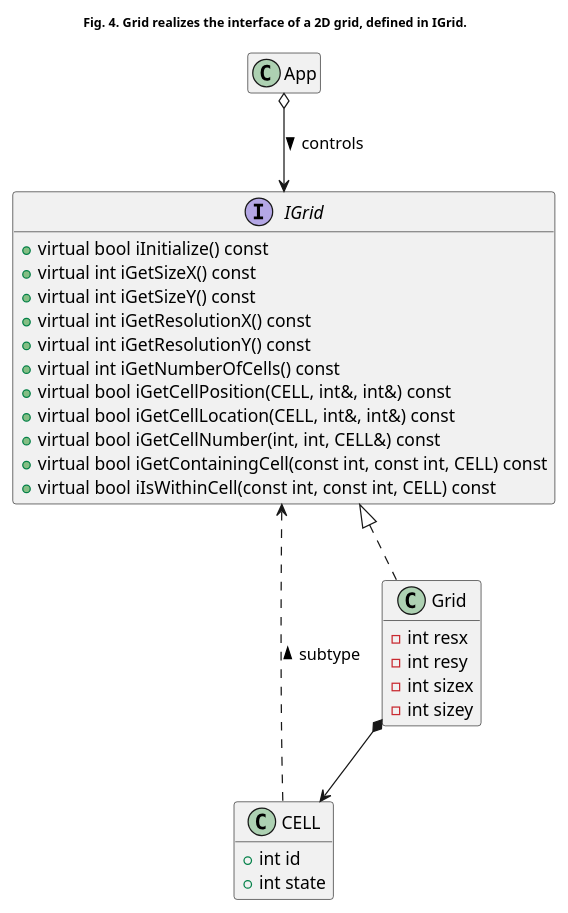
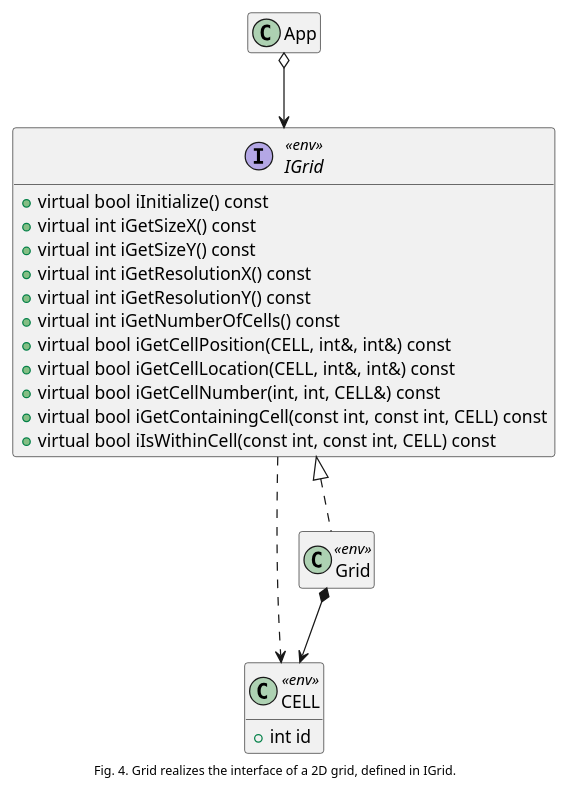
Before and after one commit to kanmeugne/kanmeugne.github.io: the fourth of 4 diagrams in _posts/modsim/2020-09-29-sfml-2d-grid.md, drawn with PlantUML. The commit also changed other lines of this file, not shown here.

```diff
--- a/_posts/modsim/2020-09-29-sfml-2d-grid.md
+++ b/_posts/modsim/2020-09-29-sfml-2d-grid.md
@@ -200,43 +356,34 @@
 {% plantuml %}
 @startuml
-title: <size:10> Fig. 4. Grid realizes the interface of a 2D grid, defined in IGrid. </size>
+caption: <size:10> Fig. 4. Grid realizes the interface of a 2D grid, defined in IGrid. </size>
 class App {
-    + {static} const int DEFAULT_HEIGHT
-    + {static} const int DEFAULT_WIDTH
-    + {static} const int DEFAULT_RESX
-    + {static} const int DEFAULT_RESY
     + void run()
     + void display()
 }
-class CELL {
+class CELL <<env>> {
     + int id
-    + int state
 }
-interface IGrid {
+interface IGrid <<env>> {
     + virtual bool iInitialize() const
     + virtual int iGetSizeX() const
     + virtual int iGetSizeY() const
     + virtual int iGetResolutionX() const
     + virtual int iGetResolutionY() const
     + virtual int iGetNumberOfCells() const
     + virtual bool iGetCellPosition(CELL, int&, int&) const
     + virtual bool iGetCellLocation(CELL, int&, int&) const
     + virtual bool iGetCellNumber(int, int, CELL&) const
     + virtual bool iGetContainingCell(const int, const int, CELL) const
     + virtual bool iIsWithinCell(const int, const int, CELL) const
 }
-class Grid implements IGrid {
-    - int resx
-    - int resy
-    - int sizex
-    - int sizey
+class Grid <<env>> implements IGrid {
 }
-IGrid <. CELL : subtype <
+IGrid ..> CELL
 Grid *--> CELL
-App o--> IGrid : controls >
+App o--> IGrid
 hide App members
 hide IGrid fields
 hide CELL methods
-hide Grid methods
+hide Grid members
 @enduml
 {% endplantuml %}
```
